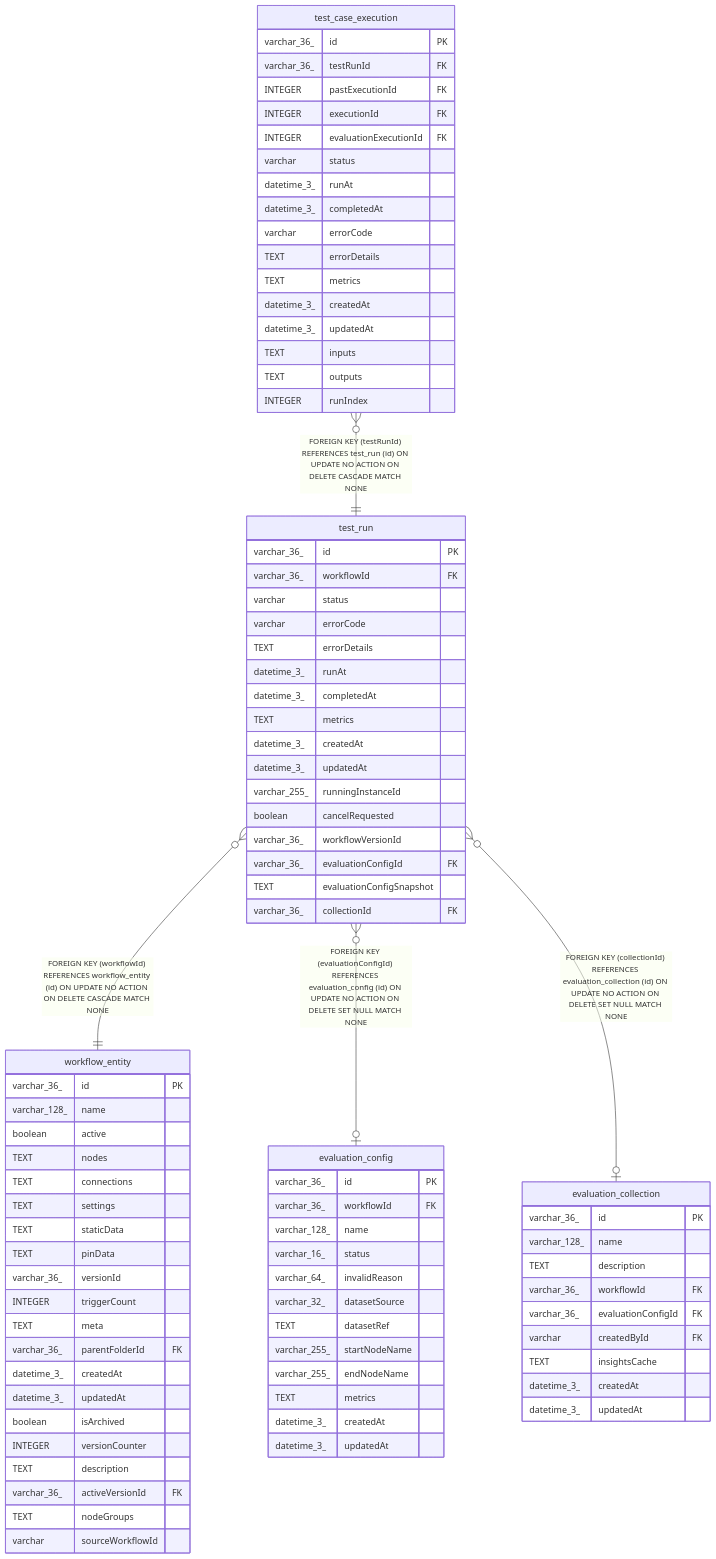
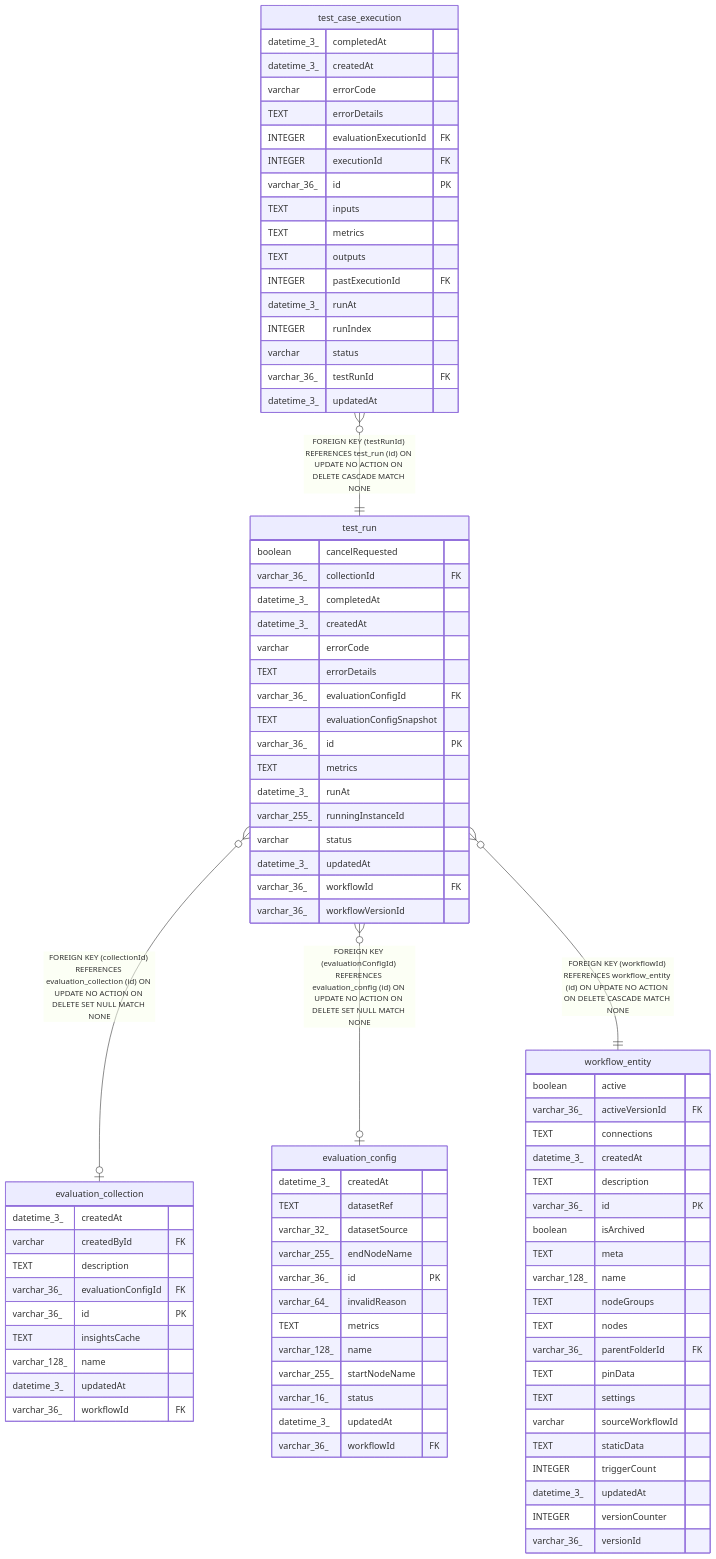
One commit to mayankjain1815-commits/n8n changed the diagram in docs/generated/sqlite-schema/test_run.md. Above: the diagram before and after it, drawn with Mermaid. The commit also changed other lines of this file and 221 other files, not shown here.

Commit message:
chore(core): Make DB schema docs generation deterministic (#32373)

````diff
--- a/docs/generated/sqlite-schema/test_run.md
+++ b/docs/generated/sqlite-schema/test_run.md
@@ -56,92 +56,92 @@
 ```mermaid
 erDiagram
 
+"test_run" }o--o| "evaluation_collection" : "FOREIGN KEY (collectionId) REFERENCES evaluation_collection (id) ON UPDATE NO ACTION ON DELETE SET NULL MATCH NONE"
+"test_run" }o--o| "evaluation_config" : "FOREIGN KEY (evaluationConfigId) REFERENCES evaluation_config (id) ON UPDATE NO ACTION ON DELETE SET NULL MATCH NONE"
 "test_case_execution" }o--|| "test_run" : "FOREIGN KEY (testRunId) REFERENCES test_run (id) ON UPDATE NO ACTION ON DELETE CASCADE MATCH NONE"
 "test_run" }o--|| "workflow_entity" : "FOREIGN KEY (workflowId) REFERENCES workflow_entity (id) ON UPDATE NO ACTION ON DELETE CASCADE MATCH NONE"
-"test_run" }o--o| "evaluation_config" : "FOREIGN KEY (evaluationConfigId) REFERENCES evaluation_config (id) ON UPDATE NO ACTION ON DELETE SET NULL MATCH NONE"
-"test_run" }o--o| "evaluation_collection" : "FOREIGN KEY (collectionId) REFERENCES evaluation_collection (id) ON UPDATE NO ACTION ON DELETE SET NULL MATCH NONE"
 
 "test_run" {
-  varchar_36_ id PK
-  varchar_36_ workflowId FK
-  varchar status
+  boolean cancelRequested
+  varchar_36_ collectionId FK
+  datetime_3_ completedAt
+  datetime_3_ createdAt
   varchar errorCode
   TEXT errorDetails
-  datetime_3_ runAt
-  datetime_3_ completedAt
-  TEXT metrics
-  datetime_3_ createdAt
-  datetime_3_ updatedAt
-  varchar_255_ runningInstanceId
-  boolean cancelRequested
-  varchar_36_ workflowVersionId
   varchar_36_ evaluationConfigId FK
   TEXT evaluationConfigSnapshot
-  varchar_36_ collectionId FK
+  varchar_36_ id PK
+  TEXT metrics
+  datetime_3_ runAt
+  varchar_255_ runningInstanceId
+  varchar status
+  datetime_3_ updatedAt
+  varchar_36_ workflowId FK
+  varchar_36_ workflowVersionId
+}
+"evaluation_collection" {
+  datetime_3_ createdAt
+  varchar createdById FK
+  TEXT description
+  varchar_36_ evaluationConfigId FK
+  varchar_36_ id PK
+  TEXT insightsCache
+  varchar_128_ name
+  datetime_3_ updatedAt
+  varchar_36_ workflowId FK
+}
+"evaluation_config" {
+  datetime_3_ createdAt
+  TEXT datasetRef
+  varchar_32_ datasetSource
+  varchar_255_ endNodeName
+  varchar_36_ id PK
+  varchar_64_ invalidReason
+  TEXT metrics
+  varchar_128_ name
+  varchar_255_ startNodeName
+  varchar_16_ status
+  datetime_3_ updatedAt
+  varchar_36_ workflowId FK
 }
 "test_case_execution" {
-  varchar_36_ id PK
-  varchar_36_ testRunId FK
-  INTEGER pastExecutionId FK
-  INTEGER executionId FK
-  INTEGER evaluationExecutionId FK
-  varchar status
-  datetime_3_ runAt
   datetime_3_ completedAt
+  datetime_3_ createdAt
   varchar errorCode
   TEXT errorDetails
+  INTEGER evaluationExecutionId FK
+  INTEGER executionId FK
+  varchar_36_ id PK
+  TEXT inputs
   TEXT metrics
-  datetime_3_ createdAt
+  TEXT outputs
+  INTEGER pastExecutionId FK
+  datetime_3_ runAt
+  INTEGER runIndex
+  varchar status
+  varchar_36_ testRunId FK
   datetime_3_ updatedAt
-  TEXT inputs
-  TEXT outputs
-  INTEGER runIndex
 }
 "workflow_entity" {
+  boolean active
+  varchar_36_ activeVersionId FK
+  TEXT connections
+  datetime_3_ createdAt
+  TEXT description
   varchar_36_ id PK
+  boolean isArchived
+  TEXT meta
   varchar_128_ name
-  boolean active
+  TEXT nodeGroups
   TEXT nodes
-  TEXT connections
+  varchar_36_ parentFolderId FK
+  TEXT pinData
   TEXT settings
+  varchar sourceWorkflowId
   TEXT staticData
-  TEXT pinData
+  INTEGER triggerCount
+  datetime_3_ updatedAt
+  INTEGER versionCounter
   varchar_36_ versionId
-  INTEGER triggerCount
-  TEXT meta
-  varchar_36_ parentFolderId FK
-  datetime_3_ createdAt
-  datetime_3_ updatedAt
-  boolean isArchived
-  INTEGER versionCounter
-  TEXT description
-  varchar_36_ activeVersionId FK
-  TEXT nodeGroups
-  varchar sourceWorkflowId
-}
-"evaluation_config" {
-  varchar_36_ id PK
-  varchar_36_ workflowId FK
-  varchar_128_ name
-  varchar_16_ status
-  varchar_64_ invalidReason
-  varchar_32_ datasetSource
-  TEXT datasetRef
-  varchar_255_ startNodeName
-  varchar_255_ endNodeName
-  TEXT metrics
-  datetime_3_ createdAt
-  datetime_3_ updatedAt
-}
-"evaluation_collection" {
-  varchar_36_ id PK
-  varchar_128_ name
-  TEXT description
-  varchar_36_ workflowId FK
-  varchar_36_ evaluationConfigId FK
-  varchar createdById FK
-  TEXT insightsCache
-  datetime_3_ createdAt
-  datetime_3_ updatedAt
 }
 ```
````
